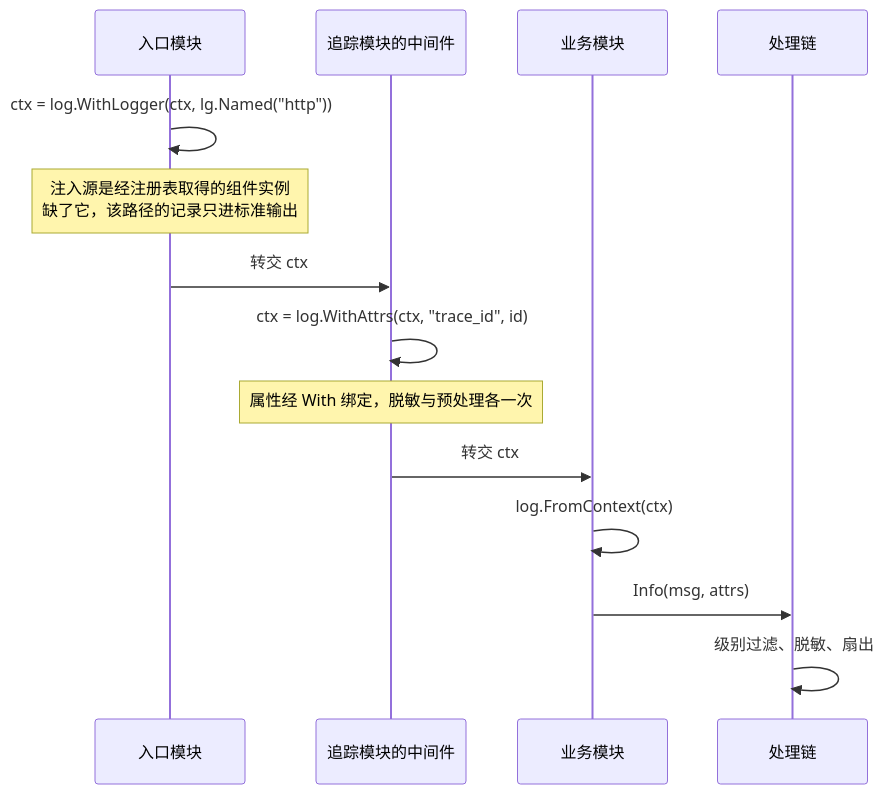
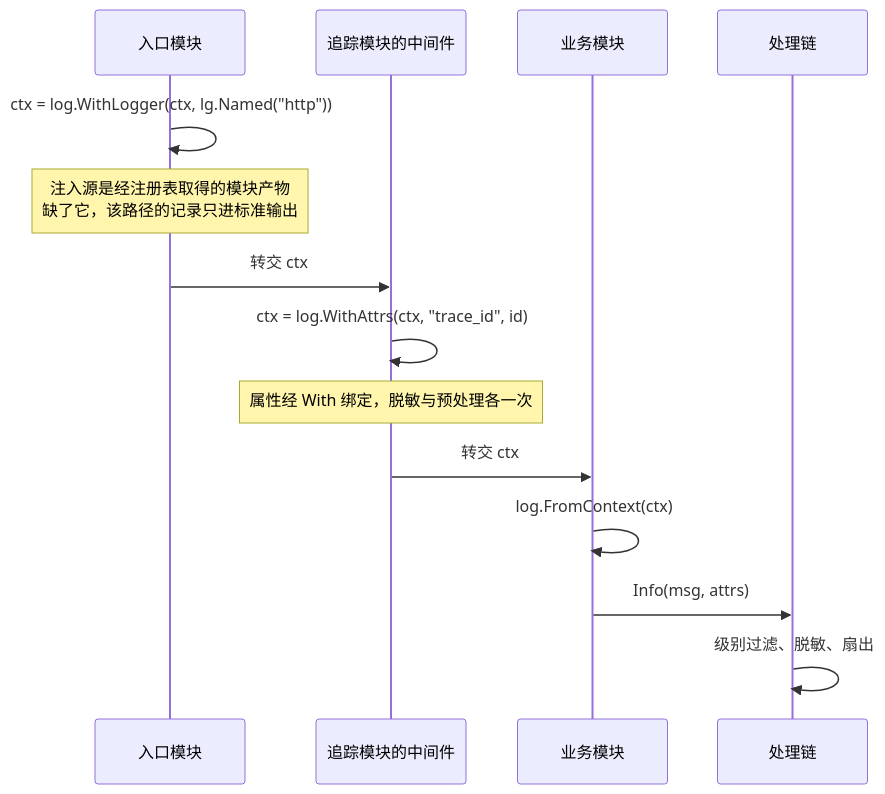
Before and after one commit to vislake/speed: the second of 3 diagrams in docs/design/modules/design-log.md, drawn with Mermaid. The commit also changed other lines of this file and 1 other file, not shown here.

````diff
--- a/docs/design/modules/design-log.md
+++ b/docs/design/modules/design-log.md
@@ -232,17 +232,17 @@
 ```mermaid
 sequenceDiagram
     participant 入口 as 入口模块
     participant 追踪 as 追踪模块的中间件
     participant 业务 as 业务模块
     participant 链 as 处理链
 
     入口->>入口: ctx = log.WithLogger(ctx, lg.Named("http"))
-    Note over 入口: 注入源是经注册表取得的组件实例<br/>缺了它，该路径的记录只进标准输出
+    Note over 入口: 注入源是经注册表取得的模块产物<br/>缺了它，该路径的记录只进标准输出
     入口->>追踪: 转交 ctx
     追踪->>追踪: ctx = log.WithAttrs(ctx, "trace_id", id)
     Note over 追踪: 属性经 With 绑定，脱敏与预处理各一次
     追踪->>业务: 转交 ctx
     业务->>业务: log.FromContext(ctx)
     业务->>链: Info(msg, attrs)
     链->>链: 级别过滤、脱敏、扇出
 ```
````
